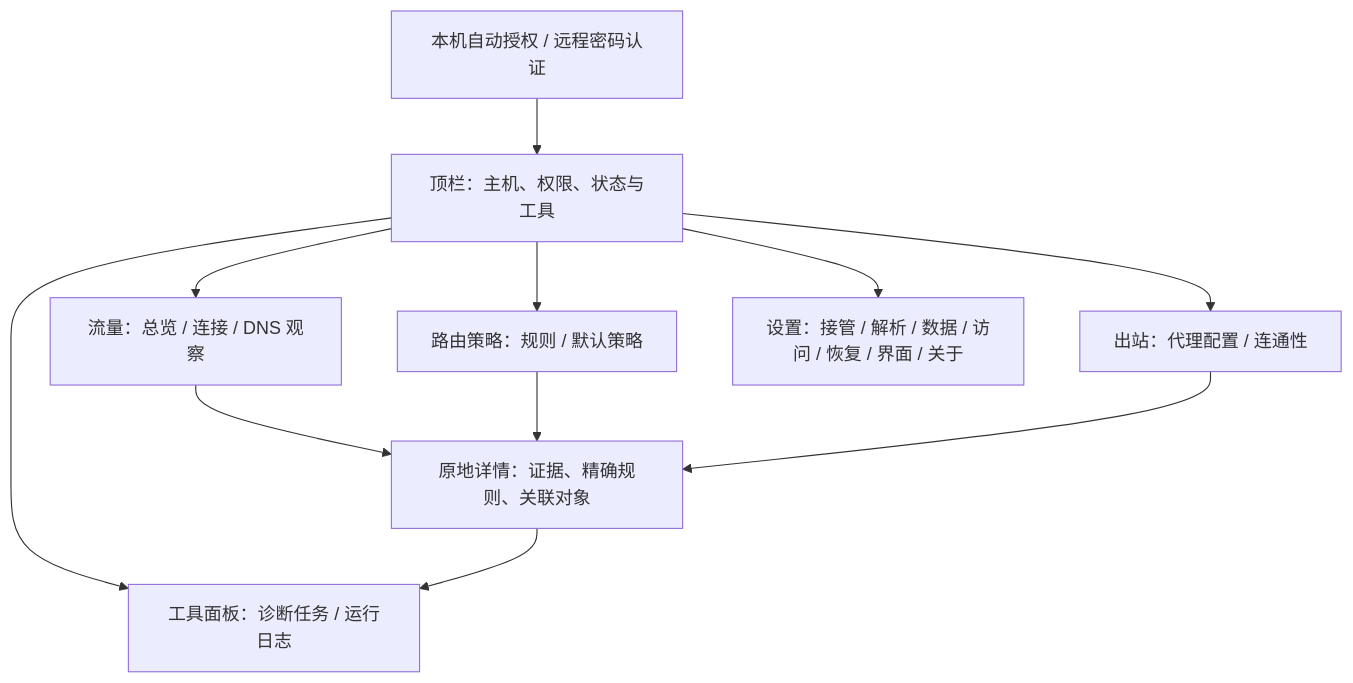
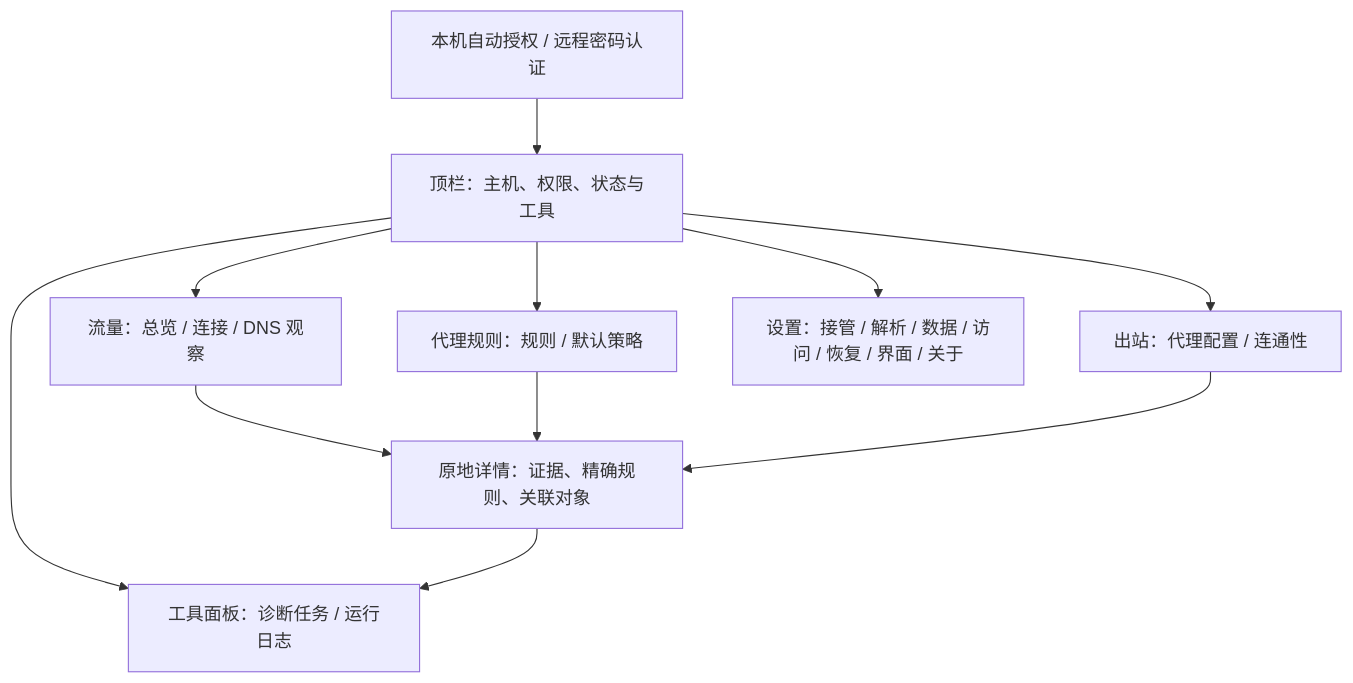
One commit to xjdrew/kone changed the first of 3 diagrams in docs/requirements/web-ui.md. Above: the diagram before and after it, drawn with Mermaid. The commit also changed other lines of this file and 45 other files, not shown here.

````diff
--- a/docs/requirements/web-ui.md
+++ b/docs/requirements/web-ui.md
@@ -21,13 +21,13 @@
 ```mermaid
 flowchart TD
   A[本机自动授权 / 远程密码认证] --> B[顶栏：主机、权限、状态与工具]
   B --> F[流量：总览 / 连接 / DNS 观察]
-  B --> P[路由策略：规则 / 默认策略]
+  B --> P[代理规则：规则 / 默认策略]
   B --> O[出站：代理配置 / 连通性]
   B --> S[设置：接管 / 解析 / 数据 / 访问 / 恢复 / 界面 / 关于]
   B --> T[工具面板：诊断任务 / 运行日志]
   F --> I[原地详情：证据、精确规则、关联对象]
   P --> I
   O --> I
   I --> T
 ```
````
